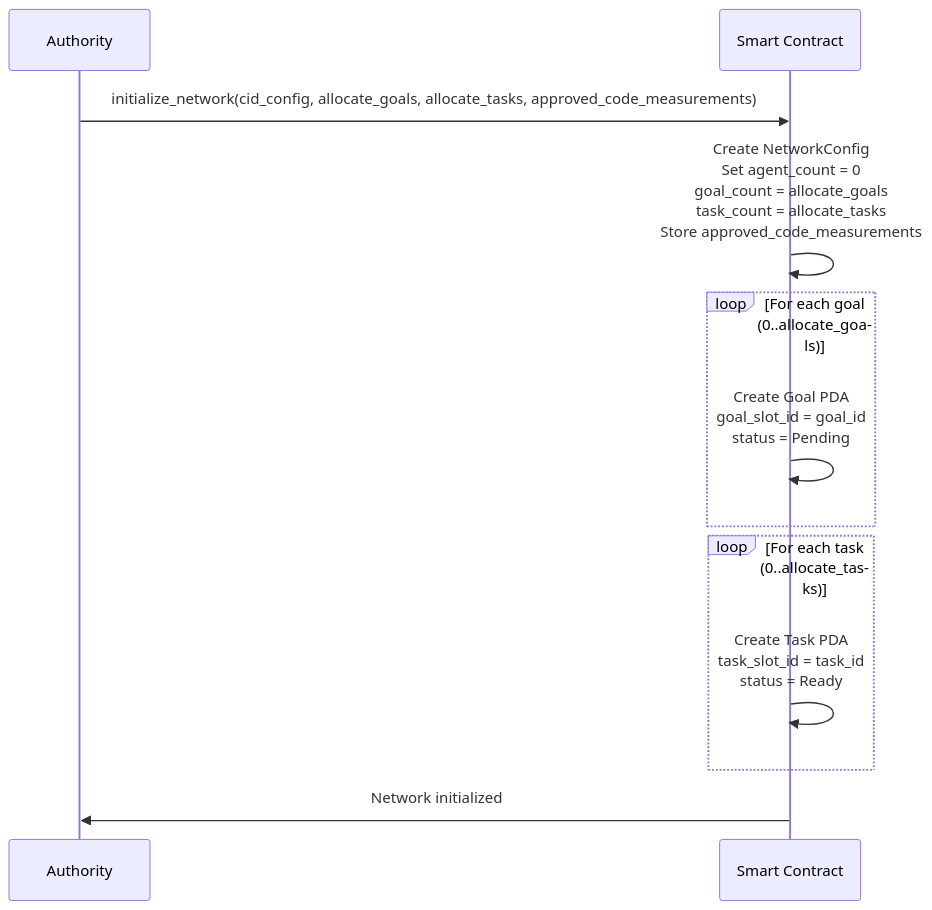
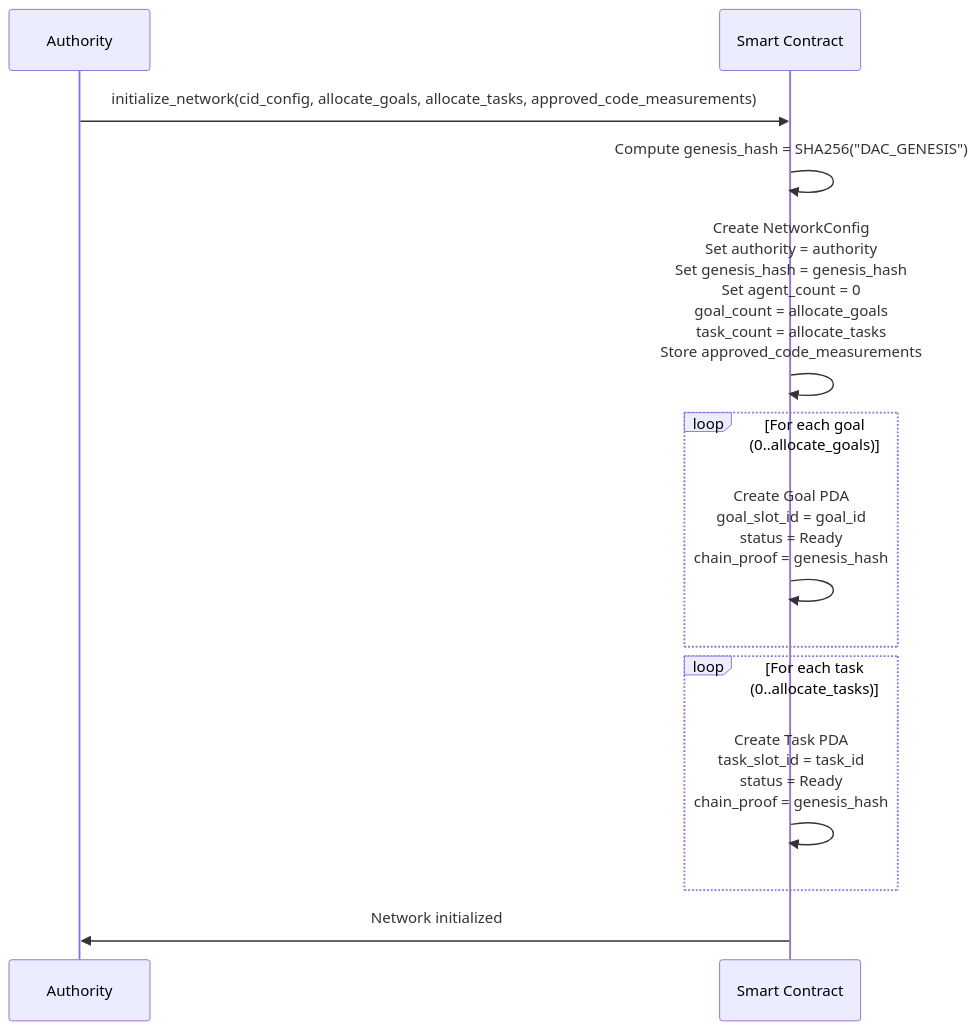
The first of 13 diagrams in docs/design.md (JorgeCosta87/decentralized-autonomous-computing), drawn with Mermaid before and after one commit. The commit also changed other lines of this file and 55 other files, not shown here.

````diff
--- a/docs/design.md
+++ b/docs/design.md
@@ -131,18 +149,19 @@
 ```mermaid
 sequenceDiagram
     participant Auth as Authority
     participant DAC as Smart Contract
     
     Auth->>DAC: initialize_network(cid_config, allocate_goals, allocate_tasks, approved_code_measurements)
-    DAC->>DAC: Create NetworkConfig<br/>Set agent_count = 0<br/>goal_count = allocate_goals<br/>task_count = allocate_tasks<br/>Store approved_code_measurements
+    DAC->>DAC: Compute genesis_hash = SHA256("DAC_GENESIS")
+    DAC->>DAC: Create NetworkConfig<br/>Set authority = authority<br/>Set genesis_hash = genesis_hash<br/>Set agent_count = 0<br/>goal_count = allocate_goals<br/>task_count = allocate_tasks<br/>Store approved_code_measurements
     
     loop For each goal (0..allocate_goals)
-        DAC->>DAC: Create Goal PDA<br/>goal_slot_id = goal_id<br/>status = Pending
+        DAC->>DAC: Create Goal PDA<br/>goal_slot_id = goal_id<br/>status = Ready<br/>chain_proof = genesis_hash
     end
     
     loop For each task (0..allocate_tasks)
-        DAC->>DAC: Create Task PDA<br/>task_slot_id = task_id<br/>status = Ready
+        DAC->>DAC: Create Task PDA<br/>task_slot_id = task_id<br/>status = Ready<br/>chain_proof = genesis_hash
     end
     
     DAC->>Auth: Network initialized
 ```
````
